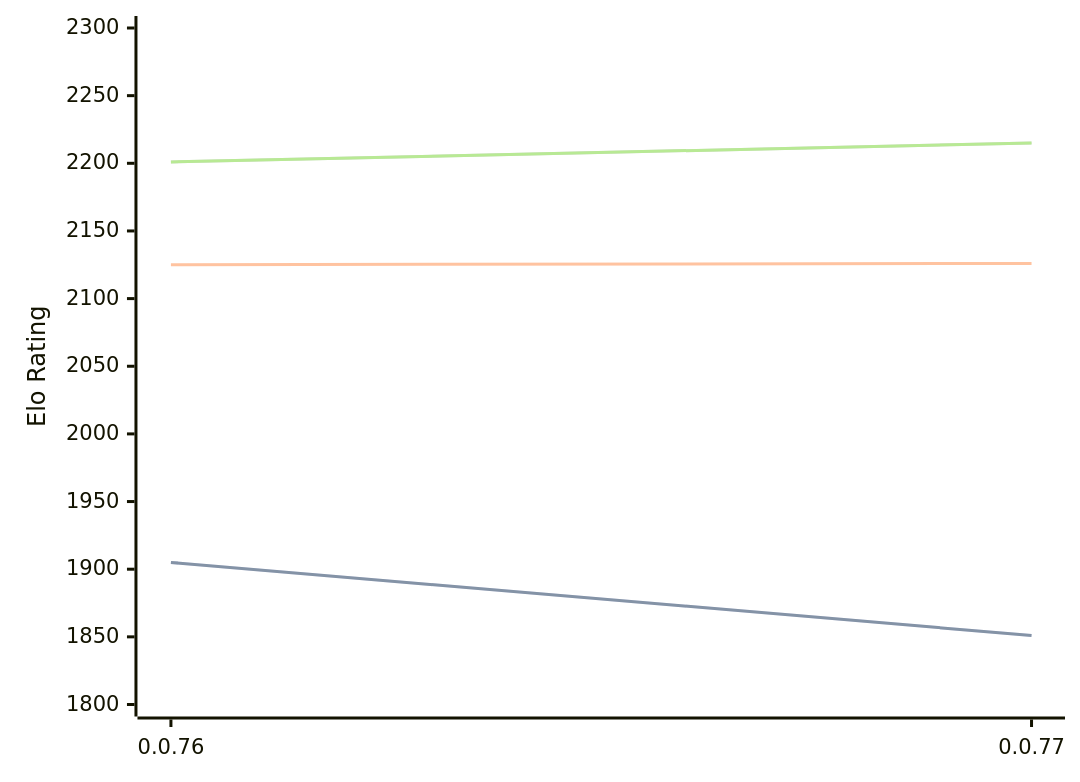
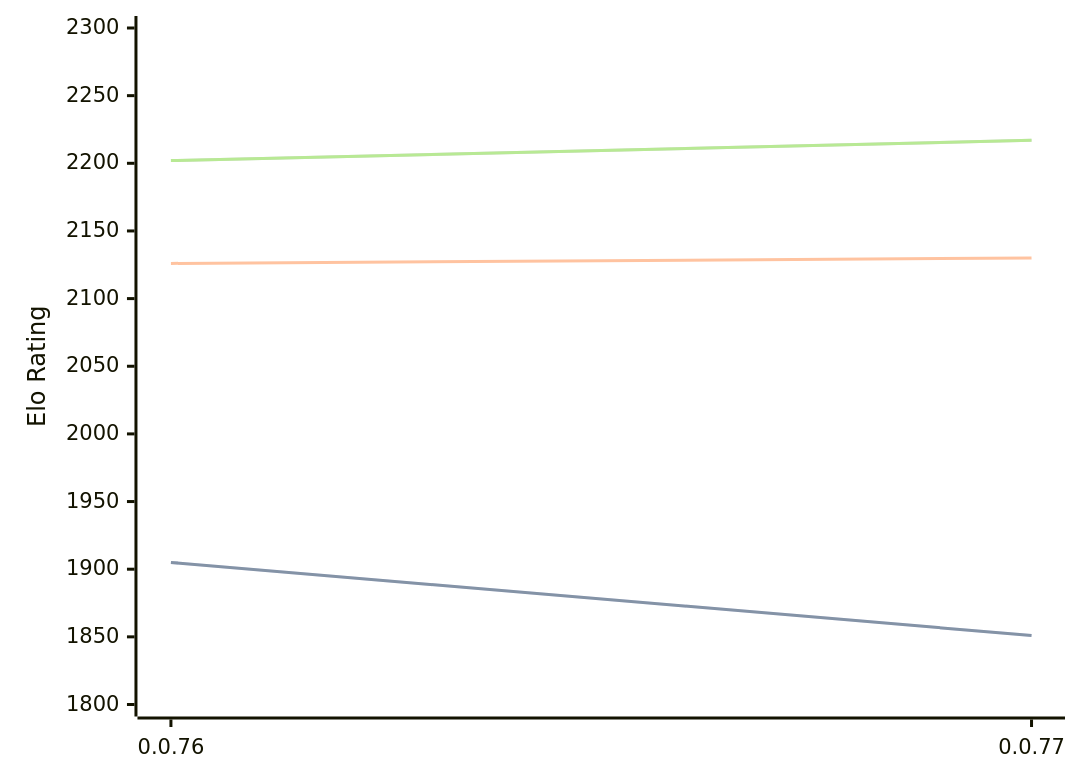
One commit to computer-chess-index/cci changed the diagram in engines/Fktb.md. Above: the diagram before and after it, drawn with Mermaid. The commit also changed other lines of this file, not shown here.

Commit message:
Update CCI Ratings (ELO VLTC) - 2026-08-15

````diff
--- a/engines/Fktb.md
+++ b/engines/Fktb.md
@@ -32,11 +32,11 @@
 ```mermaid
 %%{init: {"theme":"base","themeVariables":{"seriesColors:['#a3a3a3','#222221','#faa371']}}}%%
 xychart-beta
   x-axis ["0.0.76", "0.0.77"]
   y-axis "Elo Rating" 1800 --> 2300
   line "STC (8.0+0.08s)" [1905, 1851]
   line "STC (8.0+0.08s)" [1905, 1851]
-  line "LTC (60.0+0.60s)" [2125, 2126]
-  line "VLTC (2m24s+1.12s)" [2201, 2215]
-  line "VLTC (2m24s+1.12s)" [2201, 2215]
+  line "LTC (60.0+0.60s)" [2126, 2130]
+  line "VLTC (2m24s+1.12s)" [2202, 2217]
+  line "VLTC (2m24s+1.12s)" [2202, 2217]
 ```
````
